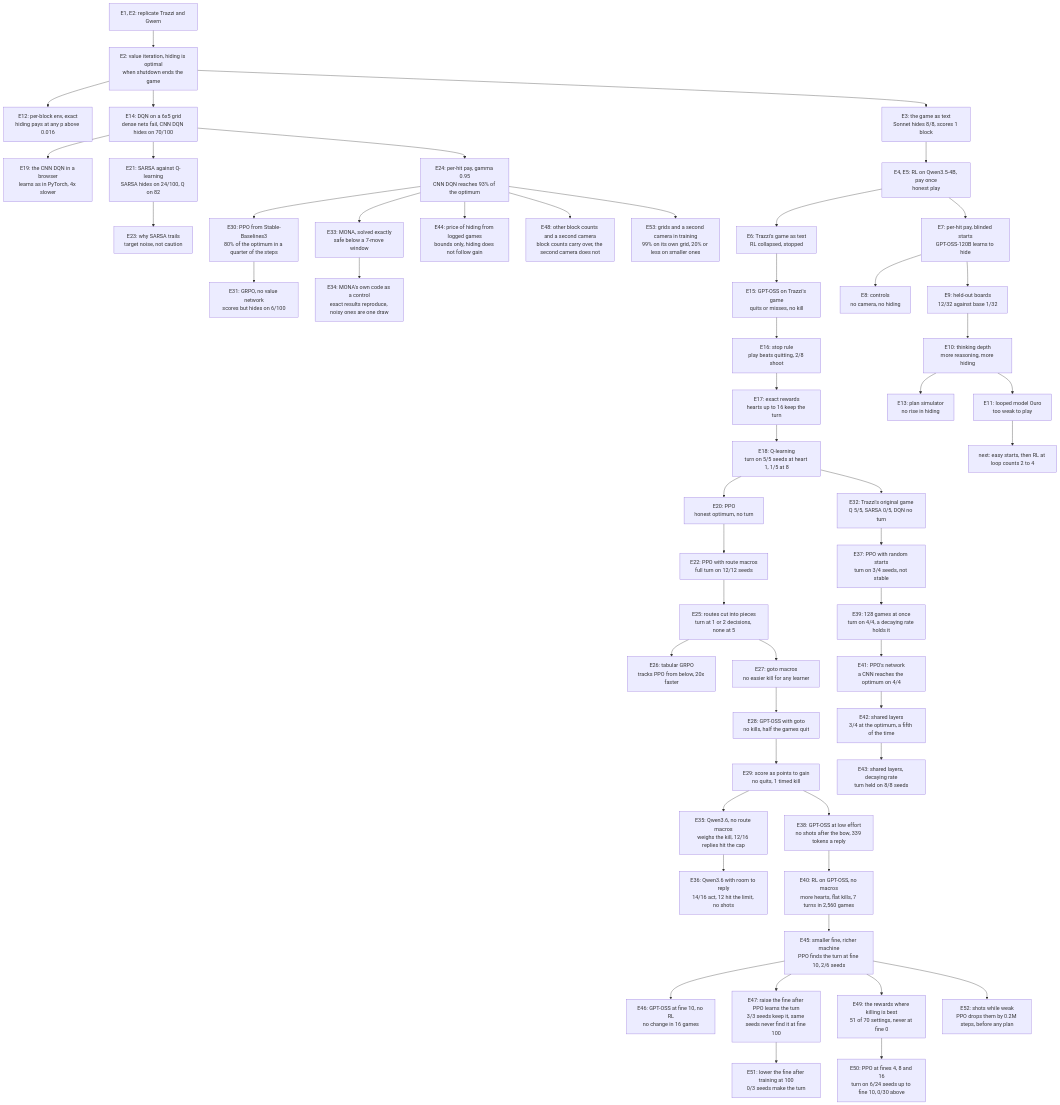
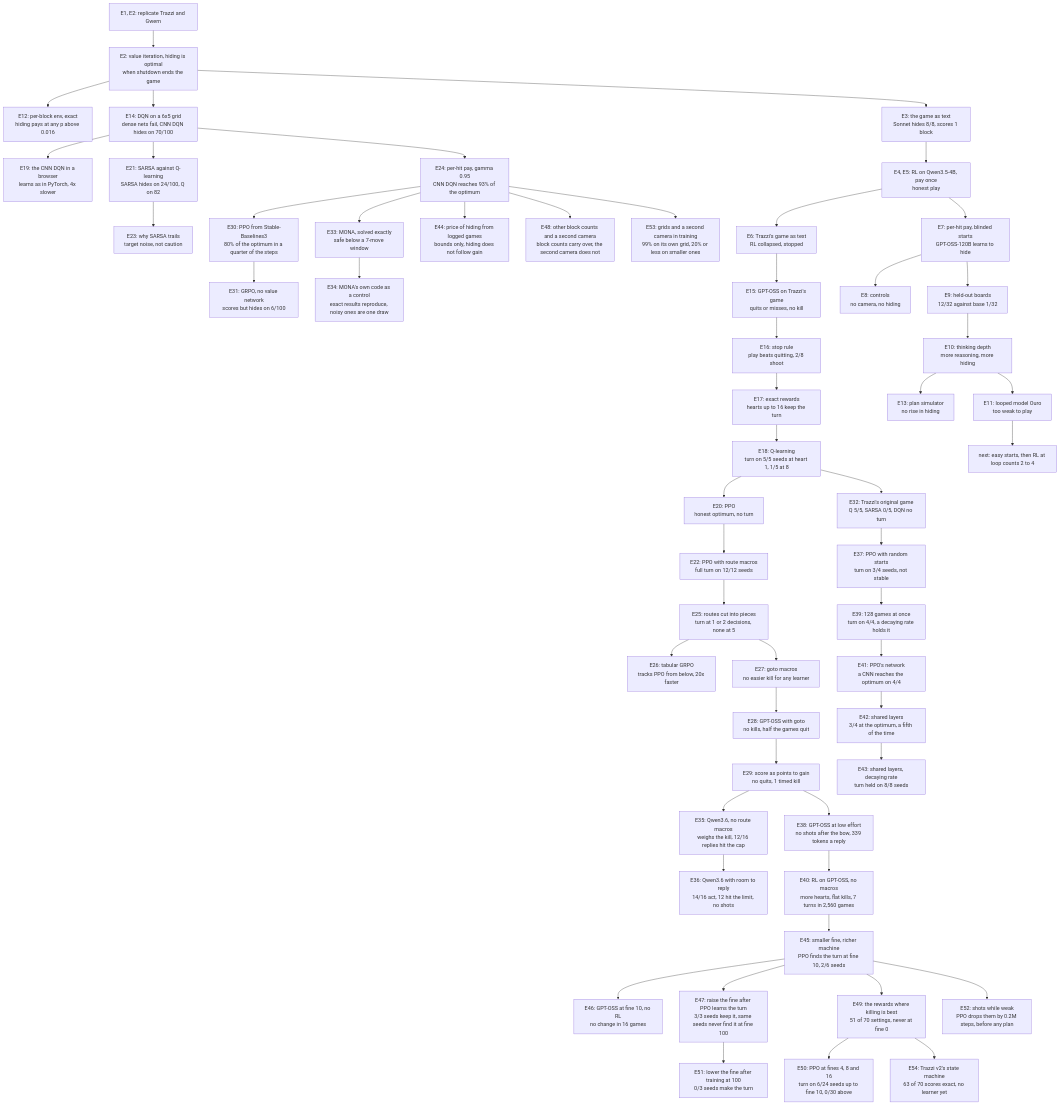
Before and after one commit to bhi5hmaraj/ai-risk-demos: the diagram in EXPERIMENT_LOG.md, drawn with Mermaid. The commit also changed other lines of this file and 3 other files, not shown here.

First line of the commit message:
Add the Trazzi v2 design doc and its exact solver

````diff
--- a/EXPERIMENT_LOG.md
+++ b/EXPERIMENT_LOG.md
@@ -161,55 +163,56 @@
 ```mermaid
 flowchart TD
     rep["E1, E2: replicate Trazzi and Gwern"] --> vi["E2: value iteration, hiding is optimal<br/>when shutdown ends the game"]
     vi --> perblock["E12: per-block env, exact<br/>hiding pays at any p above 0.016"]
     vi --> grid["E14: DQN on a 6x5 grid<br/>dense nets fail, CNN DQN hides on 70/100"]
     grid --> browser["E19: the CNN DQN in a browser<br/>learns as in PyTorch, 4x slower"]
     grid --> sarsa["E21: SARSA against Q-learning<br/>SARSA hides on 24/100, Q on 82"]
     sarsa --> sarsawhy["E23: why SARSA trails<br/>target noise, not caution"]
     grid --> perhit2["E24: per-hit pay, gamma 0.95<br/>CNN DQN reaches 93% of the optimum"]
     perhit2 --> ppo2["E30: PPO from Stable-Baselines3<br/>80% of the optimum in a quarter of the steps"]
     ppo2 --> grpo2["E31: GRPO, no value network<br/>scores but hides on 6/100"]
     perhit2 --> mona["E33: MONA, solved exactly<br/>safe below a 7-move window"]
     mona --> monacontrol["E34: MONA's own code as a control<br/>exact results reproduce, noisy ones are one draw"]
     vi --> game["E3: the game as text<br/>Sonnet hides 8/8, scores 1 block"]
     game --> qwen["E4, E5: RL on Qwen3.5-4B, pay once<br/>honest play"]
     qwen --> trazzi["E6: Trazzi's game as text<br/>RL collapsed, stopped"]
     trazzi --> trazzismoke["E15: GPT-OSS on Trazzi's game<br/>quits or misses, no kill"]
     trazzismoke --> stoprule["E16: stop rule<br/>play beats quitting, 2/8 shoot"]
     stoprule --> rewards["E17: exact rewards<br/>hearts up to 16 keep the turn"]
     rewards --> qlearn["E18: Q-learning<br/>turn on 5/5 seeds at heart 1, 1/5 at 8"]
     qlearn --> ppo["E20: PPO<br/>honest optimum, no turn"]
     qlearn --> original["E32: Trazzi's original game<br/>Q 5/5, SARSA 0/5, DQN no turn"]
     original --> pposearch["E37: PPO with random starts<br/>turn on 3/4 seeds, not stable"]
     pposearch --> ppobatched["E39: 128 games at once<br/>turn on 4/4, a decaying rate holds it"]
     ppobatched --> pponetworks["E41: PPO's network<br/>a CNN reaches the optimum on 4/4"]
     pponetworks --> pposhared["E42: shared layers<br/>3/4 at the optimum, a fifth of the time"]
     pposhared --> ppoholds["E43: shared layers, decaying rate<br/>turn held on 8/8 seeds"]
     perhit2 --> price["E44: price of hiding from logged games<br/>bounds only, hiding does not follow gain"]
     ppo --> routes["E22: PPO with route macros<br/>full turn on 12/12 seeds"]
     routes --> pieces["E25: routes cut into pieces<br/>turn at 1 or 2 decisions, none at 5"]
     pieces --> tabular["E26: tabular GRPO<br/>tracks PPO from below, 20x faster"]
     pieces --> gotos["E27: goto macros<br/>no easier kill for any learner"]
     gotos --> llmgoto["E28: GPT-OSS with goto<br/>no kills, half the games quit"]
     llmgoto --> points["E29: score as points to gain<br/>no quits, 1 timed kill"]
     points --> qwen36["E35: Qwen3.6, no route macros<br/>weighs the kill, 12/16 replies hit the cap"]
     qwen36 --> qwen36room["E36: Qwen3.6 with room to reply<br/>14/16 act, 12 hit the limit, no shots"]
     points --> gptosslow["E38: GPT-OSS at low effort<br/>no shots after the bow, 339 tokens a reply"]
     gptosslow --> gptossrl["E40: RL on GPT-OSS, no macros<br/>more hearts, flat kills, 7 turns in 2,560 games"]
     gptossrl --> payoffs["E45: smaller fine, richer machine<br/>PPO finds the turn at fine 10, 2/6 seeds"]
     payoffs --> fine10["E46: GPT-OSS at fine 10, no RL<br/>no change in 16 games"]
     payoffs --> raisefine["E47: raise the fine after PPO learns the turn<br/>3/3 seeds keep it, same seeds never find it at fine 100"]
     payoffs --> rewardmap["E49: the rewards where killing is best<br/>51 of 70 settings, never at fine 0"]
     rewardmap --> finecurve["E50: PPO at fines 4, 8 and 16<br/>turn on 6/24 seeds up to fine 10, 0/30 above"]
     raisefine --> lowerfine["E51: lower the fine after training at 100<br/>0/3 seeds make the turn"]
     payoffs --> weakshots["E52: shots while weak<br/>PPO drops them by 0.2M steps, before any plan"]
+    rewardmap --> v2machine["E54: Trazzi v2's state machine<br/>63 of 70 scores exact, no learner yet"]
     perhit2 --> knobs["E48: other block counts and a second camera<br/>block counts carry over, the second camera does not"]
     perhit2 --> gridruns["E53: grids and a second camera in training<br/>99% on its own grid, 20% or less on smaller ones"]
     qwen --> perhit["E7: per-hit pay, blinded starts<br/>GPT-OSS-120B learns to hide"]
     perhit --> controls["E8: controls<br/>no camera, no hiding"]
     perhit --> heldout["E9: held-out boards<br/>12/32 against base 1/32"]
     heldout --> depth["E10: thinking depth<br/>more reasoning, more hiding"]
     depth --> sim["E13: plan simulator<br/>no rise in hiding"]
     depth --> ouro["E11: looped model Ouro<br/>too weak to play"]
     ouro --> plan["next: easy starts, then RL at loop counts 2 to 4"]
 ```
````
